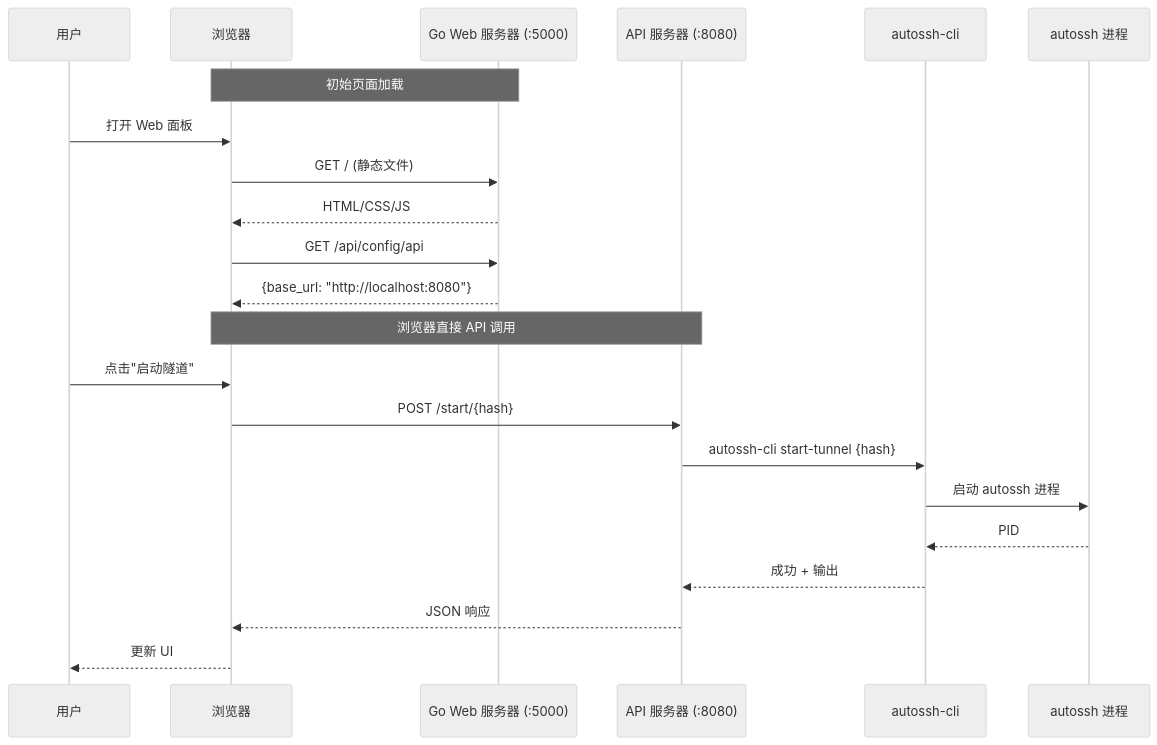
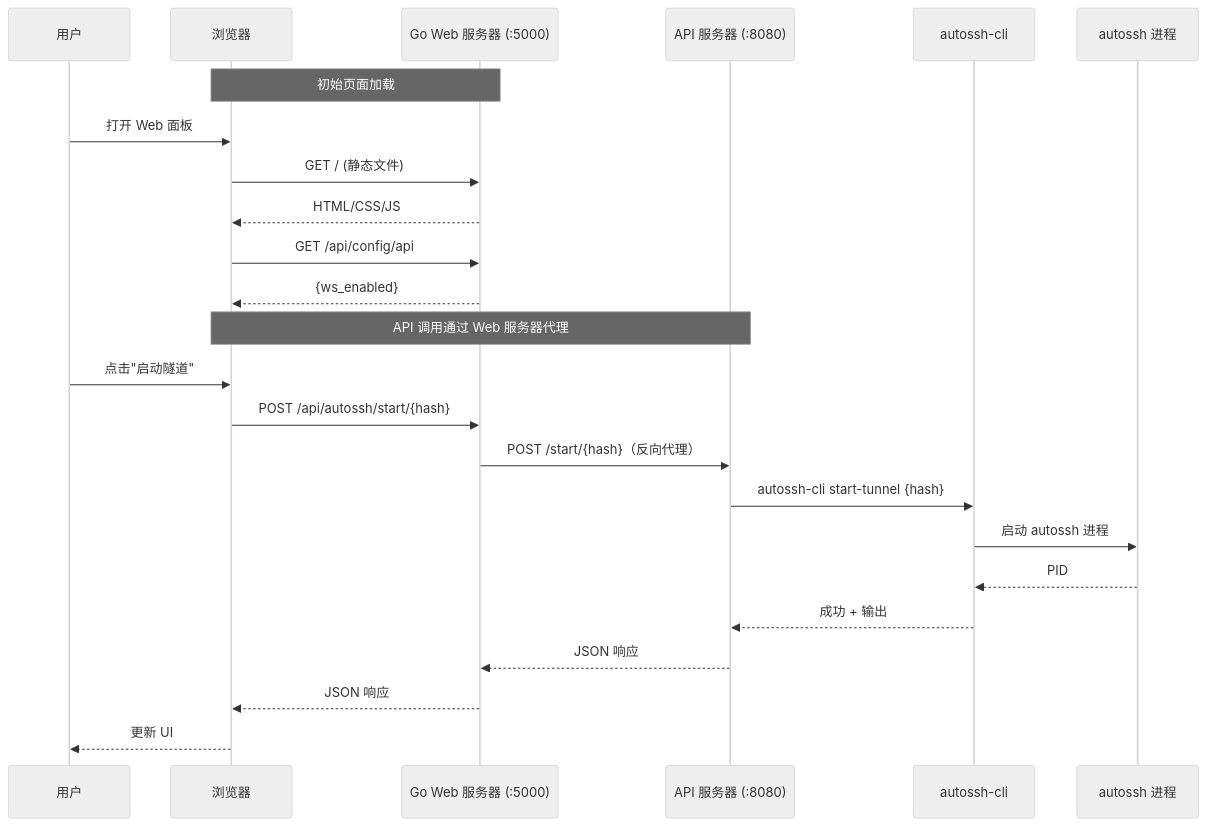
One commit to Oaklight/autossh-tunnel-dockerized changed the second of 3 diagrams in docs/architecture.md. Above: the diagram before and after it, drawn with Mermaid (neutral theme). The commit also changed other lines of this file and 2 other files, not shown here.

First line of the commit message:
docs: update architecture docs for API proxy pattern

````diff
--- a/docs/architecture.md
+++ b/docs/architecture.md
@@ -267,26 +271,28 @@
 ```mermaid
 sequenceDiagram
     participant User as 用户
     participant Browser as 浏览器
     participant WebServer as Go Web 服务器 (:5000)
     participant API as API 服务器 (:8080)
     participant CLI as autossh-cli
     participant Tunnel as autossh 进程
 
     Note over Browser,WebServer: 初始页面加载
     User->>Browser: 打开 Web 面板
     Browser->>WebServer: GET / (静态文件)
     WebServer-->>Browser: HTML/CSS/JS
     Browser->>WebServer: GET /api/config/api
-    WebServer-->>Browser: {base_url: "http://localhost:8080"}
-    
-    Note over Browser,API: 浏览器直接 API 调用
+    WebServer-->>Browser: {ws_enabled}
+
+    Note over Browser,API: API 调用通过 Web 服务器代理
     User->>Browser: 点击"启动隧道"
-    Browser->>API: POST /start/{hash}
+    Browser->>WebServer: POST /api/autossh/start/{hash}
+    WebServer->>API: POST /start/{hash}（反向代理）
     API->>CLI: autossh-cli start-tunnel {hash}
     CLI->>Tunnel: 启动 autossh 进程
     Tunnel-->>CLI: PID
     CLI-->>API: 成功 + 输出
-    API-->>Browser: JSON 响应
+    API-->>WebServer: JSON 响应
+    WebServer-->>Browser: JSON 响应
     Browser-->>User: 更新 UI
 ```
````
